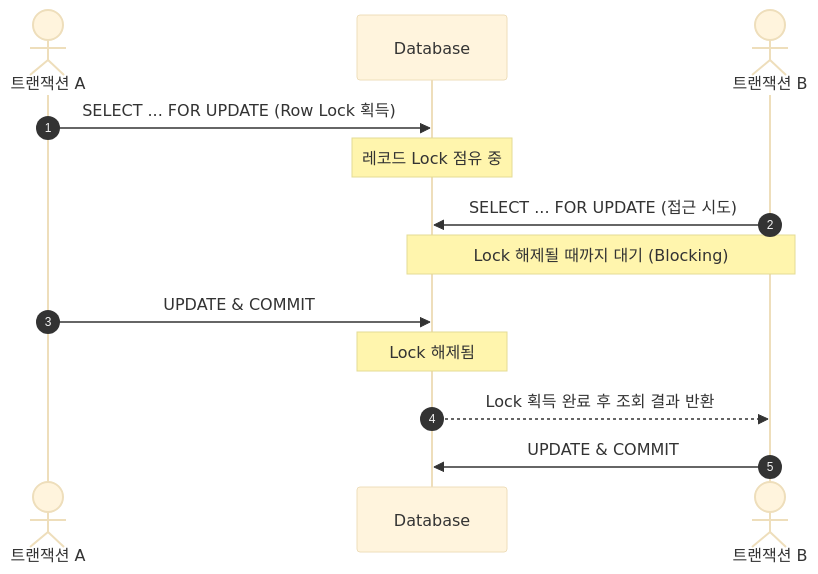
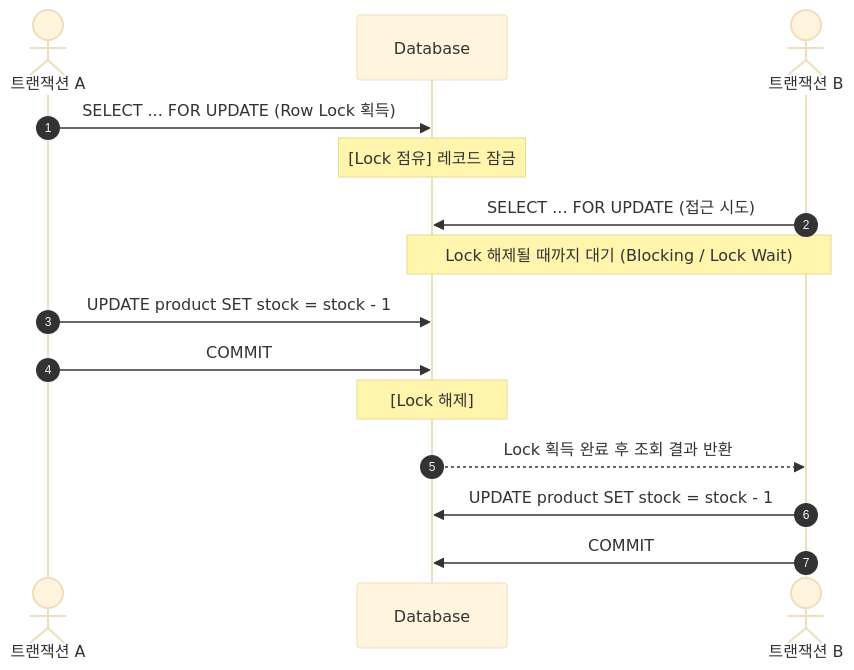
Before and after one commit to DevDooly/TIL: the second of 4 diagrams in docs/Data/Database/Locking_Strategy.md, drawn with Mermaid (base theme). The commit also changed other lines of this file and 2 other files, not shown here.

````diff
--- a/docs/Data/Database/Locking_Strategy.md
+++ b/docs/Data/Database/Locking_Strategy.md
@@ -33,16 +39,18 @@
 ```mermaid
 sequenceDiagram
     autonumber
     actor T1 as 트랜잭션 A
     participant DB as Database
     actor T2 as 트랜잭션 B
 
     T1->>DB: SELECT ... FOR UPDATE (Row Lock 획득)
-    Note over DB: 레코드 Lock 점유 중
+    Note over DB: [Lock 점유] 레코드 잠금
     T2->>DB: SELECT ... FOR UPDATE (접근 시도)
-    Note over T2,DB: Lock 해제될 때까지 대기 (Blocking)
-    T1->>DB: UPDATE & COMMIT
-    Note over DB: Lock 해제됨
+    Note over T2,DB: Lock 해제될 때까지 대기 (Blocking / Lock Wait)
+    T1->>DB: UPDATE product SET stock = stock - 1;
+    T1->>DB: COMMIT;
+    Note over DB: [Lock 해제]
     DB-->>T2: Lock 획득 완료 후 조회 결과 반환
-    T2->>DB: UPDATE & COMMIT
+    T2->>DB: UPDATE product SET stock = stock - 1;
+    T2->>DB: COMMIT;
 ```
````
